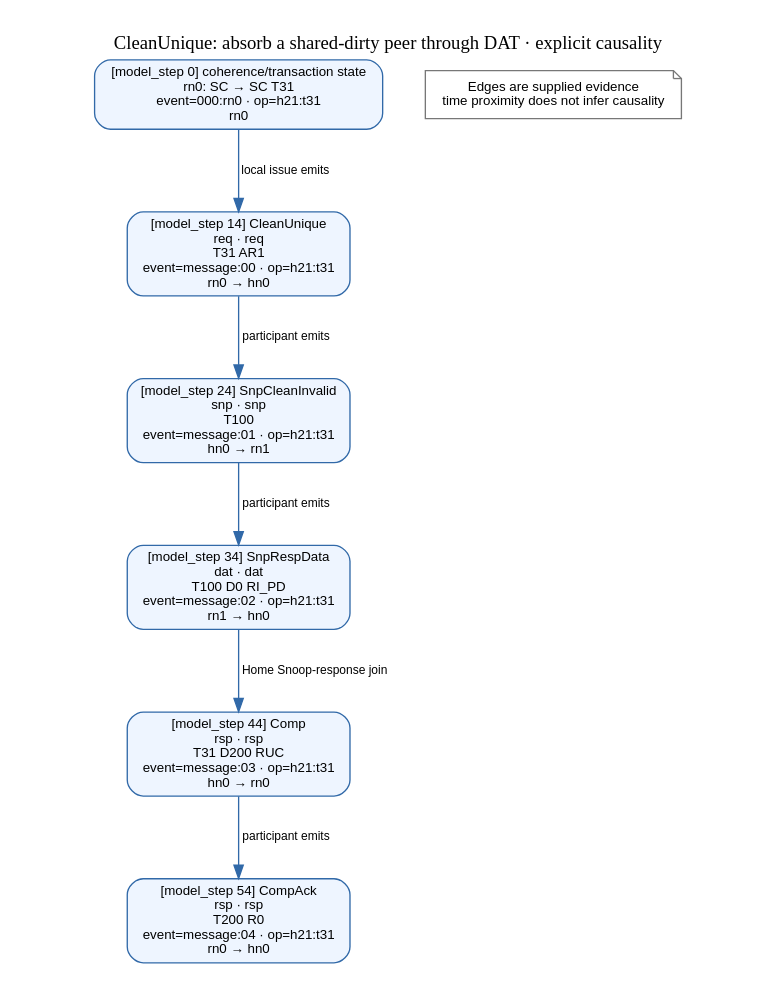
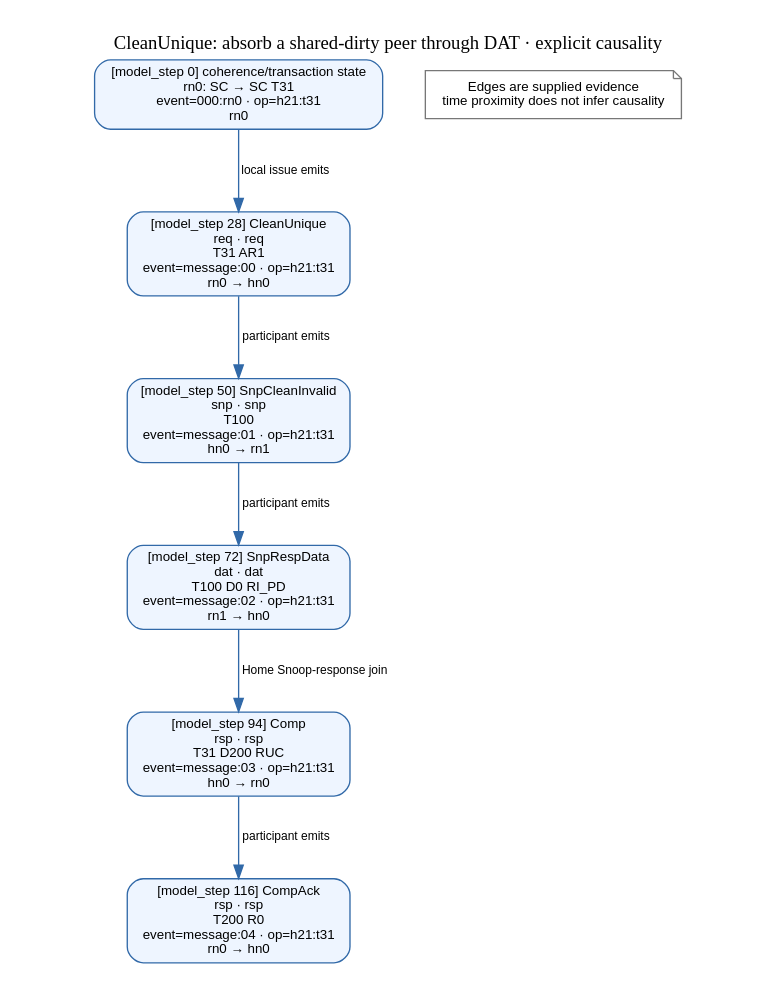
The diagram in showcase/generated/chi/issue-h-flow-gallery/sources/cases/dirty-peer-clean-unique/causal.dot (WhiteDeerPro/PROTOCOL_MODEL), drawn with Graphviz before and after one commit. The commit also changed 74 other files, not shown here.

Commit message:
Route CHI flow witnesses through explicit XP

```diff
--- a/showcase/generated/chi/issue-h-flow-gallery/sources/cases/dirty-peer-clean-unique/causal.dot
+++ b/showcase/generated/chi/issue-h-flow-gallery/sources/cases/dirty-peer-clean-unique/causal.dot
@@ -1,20 +1,20 @@
 digraph transaction_causality {
   rankdir=TB;
   label="CleanUnique: absorb a shared-dirty peer through DAT · explicit causality";
   labelloc="t";
   graph [bgcolor="white", nodesep=0.45, ranksep=0.72, splines=polyline, pad=0.2];
   node [shape=box, style="rounded,filled", fillcolor="#eef5ff", color="#3169a8", fontname="sans-serif", fontsize=10];
   edge [color="#3169a8", fontname="sans-serif", fontsize=9];
   event_0 [label="[model_step 0] coherence/transaction state\nrn0: SC → SC T31\nevent=000:rn0 · op=h21:t31\nrn0"];
-  event_1 [label="[model_step 14] CleanUnique\nreq · req\nT31 AR1\nevent=message:00 · op=h21:t31\nrn0 → hn0"];
-  event_2 [label="[model_step 24] SnpCleanInvalid\nsnp · snp\nT100\nevent=message:01 · op=h21:t31\nhn0 → rn1"];
-  event_3 [label="[model_step 34] SnpRespData\ndat · dat\nT100 D0 RI_PD\nevent=message:02 · op=h21:t31\nrn1 → hn0"];
-  event_4 [label="[model_step 44] Comp\nrsp · rsp\nT31 D200 RUC\nevent=message:03 · op=h21:t31\nhn0 → rn0"];
-  event_5 [label="[model_step 54] CompAck\nrsp · rsp\nT200 R0\nevent=message:04 · op=h21:t31\nrn0 → hn0"];
+  event_1 [label="[model_step 28] CleanUnique\nreq · req\nT31 AR1\nevent=message:00 · op=h21:t31\nrn0 → hn0"];
+  event_2 [label="[model_step 50] SnpCleanInvalid\nsnp · snp\nT100\nevent=message:01 · op=h21:t31\nhn0 → rn1"];
+  event_3 [label="[model_step 72] SnpRespData\ndat · dat\nT100 D0 RI_PD\nevent=message:02 · op=h21:t31\nrn1 → hn0"];
+  event_4 [label="[model_step 94] Comp\nrsp · rsp\nT31 D200 RUC\nevent=message:03 · op=h21:t31\nhn0 → rn0"];
+  event_5 [label="[model_step 116] CompAck\nrsp · rsp\nT200 R0\nevent=message:04 · op=h21:t31\nrn0 → hn0"];
   event_0 -> event_1 [label="local issue emits"];
   event_1 -> event_2 [label="participant emits"];
   event_2 -> event_3 [label="participant emits"];
   event_3 -> event_4 [label="Home Snoop-response join"];
   event_4 -> event_5 [label="participant emits"];
   boundary [shape=note, fillcolor="white", color="#777777", label="Edges are supplied evidence\ntime proximity does not infer causality"];
 }
```
